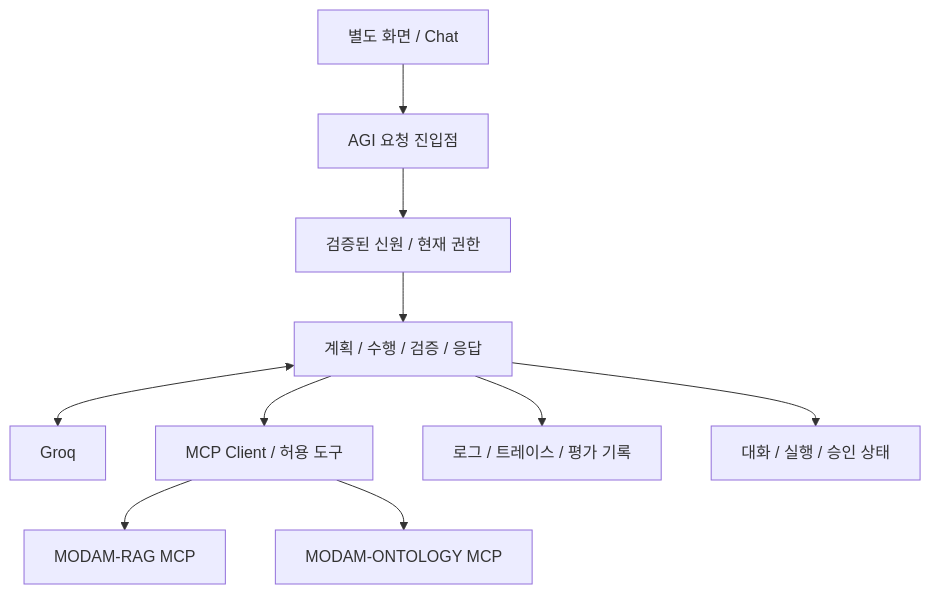
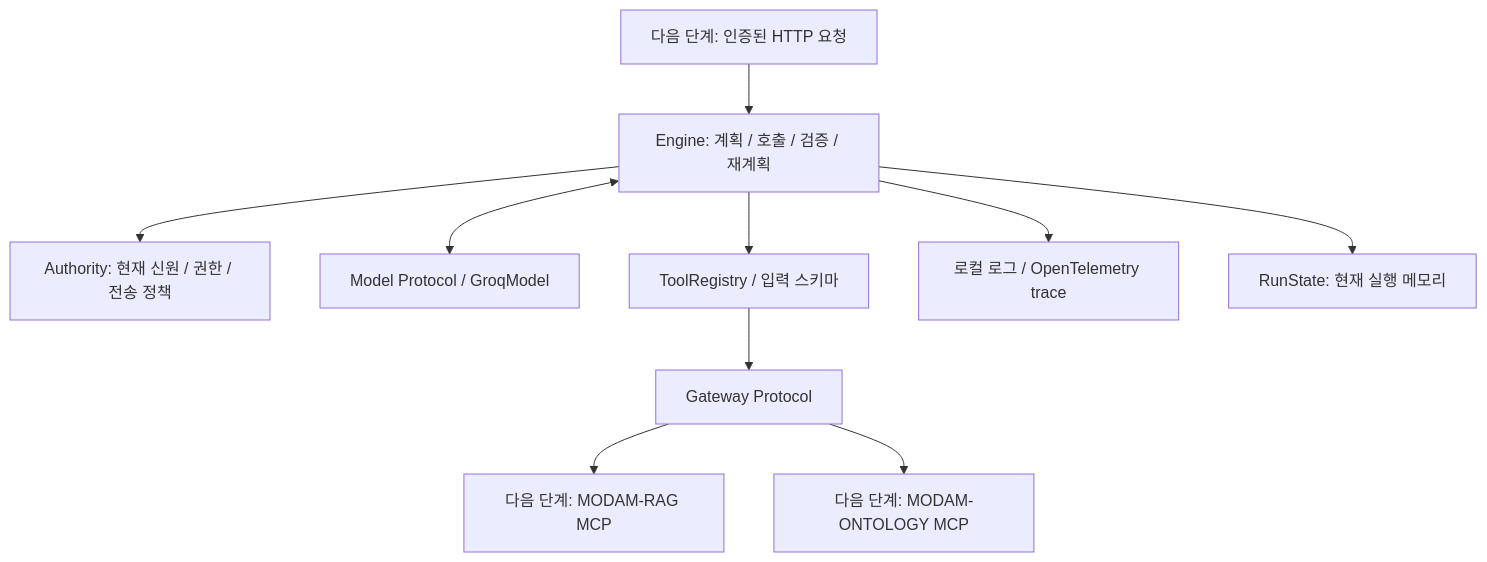
Before and after one commit to woohopark/MODAM-AGI: the diagram in ARCHITECTURE.md, drawn with Mermaid. The commit also changed other lines of this file and 67 other files, not shown here.

Commit message:
feat(agi): build Groq orchestration foundation with tracing and evaluation

````diff
--- a/ARCHITECTURE.md
+++ b/ARCHITECTURE.md
@@ -5,12 +5,12 @@
 ```mermaid
 flowchart TD
-  UI[별도 화면 / Chat] --> API[AGI 요청 진입점]
-  API --> AUTH[검증된 신원 / 현재 권한]
-  AUTH --> ORCH[계획 / 수행 / 검증 / 응답]
-  ORCH <--> GROQ[Groq]
-  ORCH --> MCP[MCP Client / 허용 도구]
-  MCP --> RAG[MODAM-RAG MCP]
-  MCP --> ONT[MODAM-ONTOLOGY MCP]
-  ORCH --> OBS[로그 / 트레이스 / 평가 기록]
-  ORCH --> STATE[대화 / 실행 / 승인 상태]
+  Entry[다음 단계: 인증된 HTTP 요청] --> Engine[Engine: 계획 / 호출 / 검증 / 재계획]
+  Engine --> Authority[Authority: 현재 신원 / 권한 / 전송 정책]
+  Engine <--> Model[Model Protocol / GroqModel]
+  Engine --> Registry[ToolRegistry / 입력 스키마]
+  Registry --> Gateway[Gateway Protocol]
+  Gateway --> RAG[다음 단계: MODAM-RAG MCP]
+  Gateway --> ONT[다음 단계: MODAM-ONTOLOGY MCP]
+  Engine --> Observer[로컬 로그 / OpenTelemetry trace]
+  Engine --> State[RunState: 현재 실행 메모리]
 ```
````
